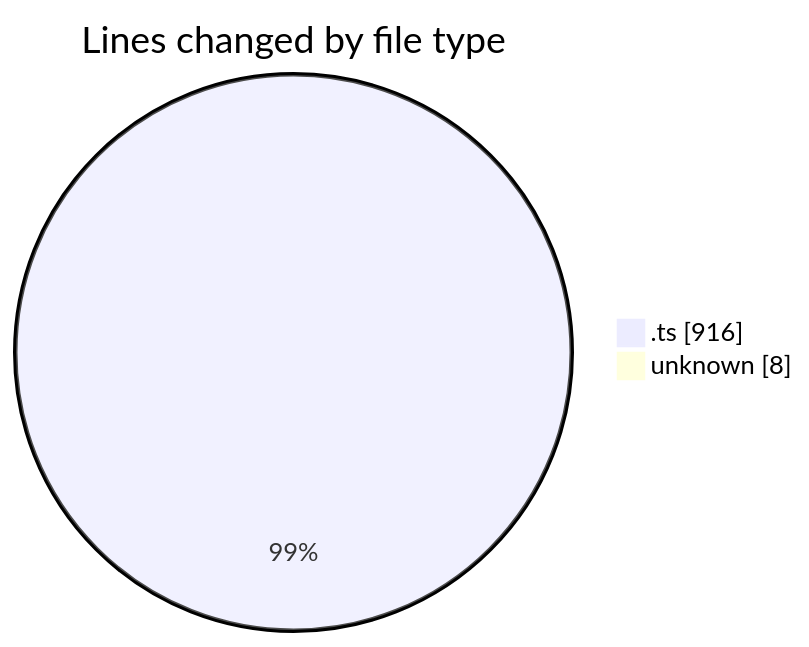
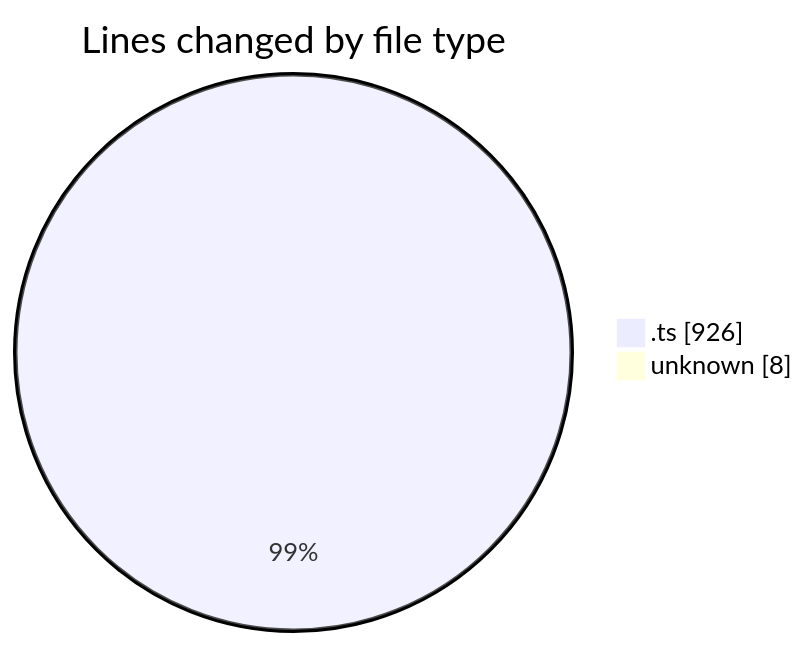
One commit to mevix1/code-tracking changed the first of 2 diagrams in 2025-10-01/oura-api/README.md. Above: the diagram before and after it, drawn with Mermaid. The commit also changed other lines of this file and 1 other file, not shown here.

````diff
--- a/2025-10-01/oura-api/README.md
+++ b/2025-10-01/oura-api/README.md
@@ -23,6 +23,6 @@
 ```mermaid
 pie showData
 title Lines changed by file type
-".ts" : 916
+".ts" : 926
 "unknown" : 8
 ```
````
